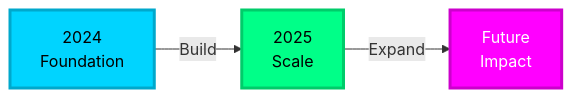
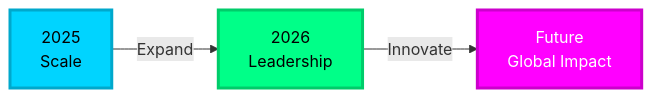
Before and after one commit to dojicreates/dojicreates: the second of 3 diagrams in README.md, drawn with Mermaid. The commit also changed other lines of this file, not shown here.

````diff
--- a/README.md
+++ b/README.md
@@ -334,9 +270,9 @@
 ```mermaid
 graph LR
-    A[2024<br/>Foundation] -->|Build| B[2025<br/>Scale]
-    B -->|Expand| C[Future<br/>Impact]
-    
+    A[2025<br/>Scale] -->|Expand| B[2026<br/>Leadership]
+    B -->|Innovate| C[Future<br/>Global Impact]
+   
     style A fill:#00d4ff,stroke:#00a8cc,stroke-width:3px,color:#000
     style B fill:#00ff88,stroke:#00cc6a,stroke-width:3px,color:#000
     style C fill:#ff00ff,stroke:#cc00cc,stroke-width:3px,color:#fff
 ```
````
